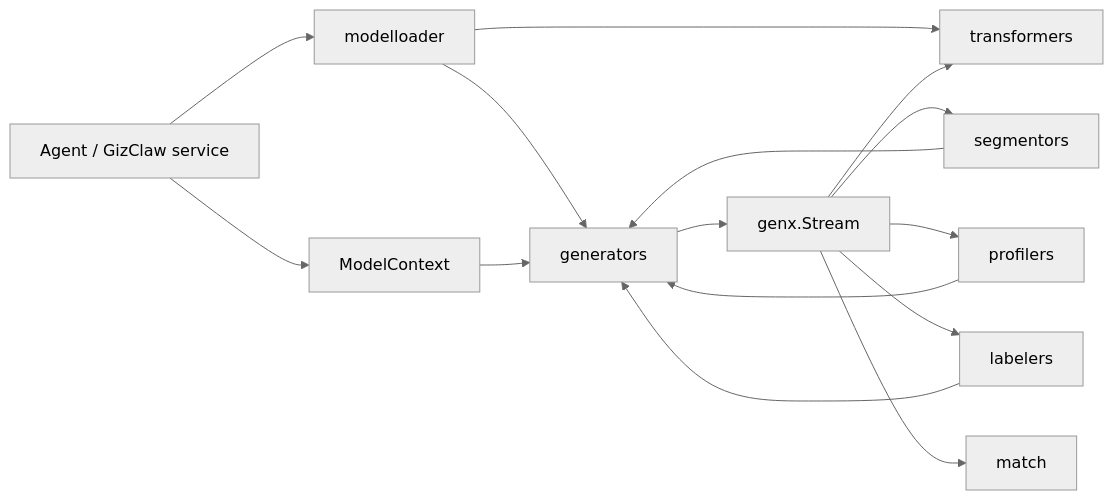
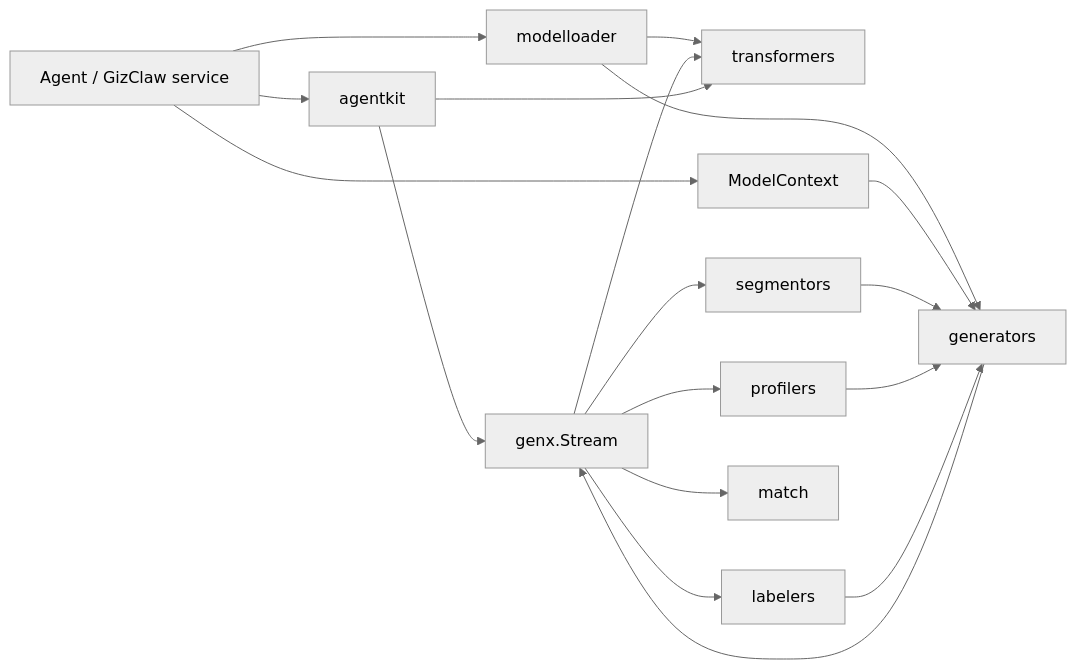
Before and after one commit to GizClaw/gizclaw: the diagram in guides/en/developing/genx/overview.md, drawn with Mermaid (neutral theme). The commit also changed other lines of this file and 190 other files, not shown here.

First line of the commit message:
gizclaw/agenthost: compose audio and Flowcraft agents (#475)

````diff
--- a/guides/en/developing/genx/overview.md
+++ b/guides/en/developing/genx/overview.md
@@ -128,17 +129,20 @@
 ```mermaid
 flowchart LR
-    Product["Agent / GizClaw service"] --> Loader["modelloader"]
+    Product["Agent / GizClaw service"] --> AgentKit["agentkit"]
+    Product --> Loader["modelloader"]
     Loader --> Generators["generators"]
     Loader --> Transformers["transformers"]
     Product --> Context["ModelContext"]
     Context --> Generators
     Generators --> Stream["genx.Stream"]
     Stream --> Transformers
+    AgentKit --> Stream
+    AgentKit --> Transformers
     Stream --> Segmentors["segmentors"]
     Stream --> Profilers["profilers"]
     Stream --> Labelers["labelers"]
     Stream --> Match["match"]
     Segmentors --> Generators
     Profilers --> Generators
     Labelers --> Generators
 ```
````
